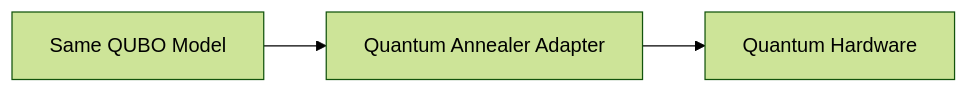
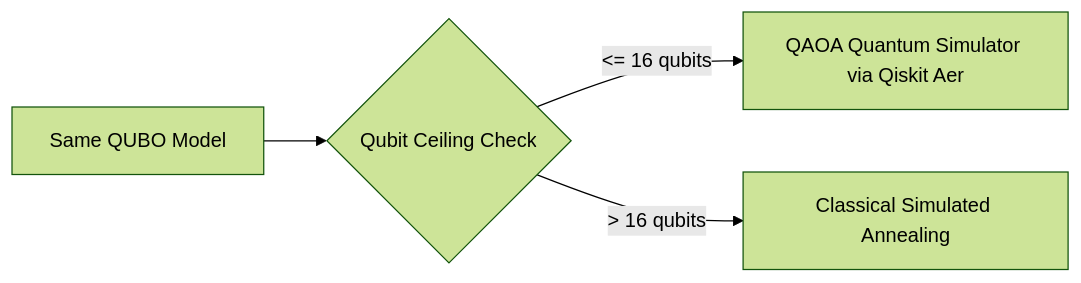
One commit to akarshjain05/Quantum-Annealing changed the third of 5 diagrams in docs/architecture.md. Above: the diagram before and after it, drawn with Mermaid (forest theme). The commit also changed other lines of this file and 3 other files, not shown here.

Commit message:
The quantum annealing pipeline is analyzed

````diff
--- a/docs/architecture.md
+++ b/docs/architecture.md
@@ -47,5 +49,6 @@
 ```mermaid
 flowchart LR
-    QM[Same QUBO Model] --> QA[Quantum Annealer Adapter]
-    QA --> QH[Quantum Hardware]
+    QM[Same QUBO Model] --> Routing{Qubit Ceiling Check}
+    Routing -->|<= 16 qubits| QAOA[QAOA Quantum Simulator via Qiskit Aer]
+    Routing -->|> 16 qubits| SA[Classical Simulated Annealing]
 ```
````
